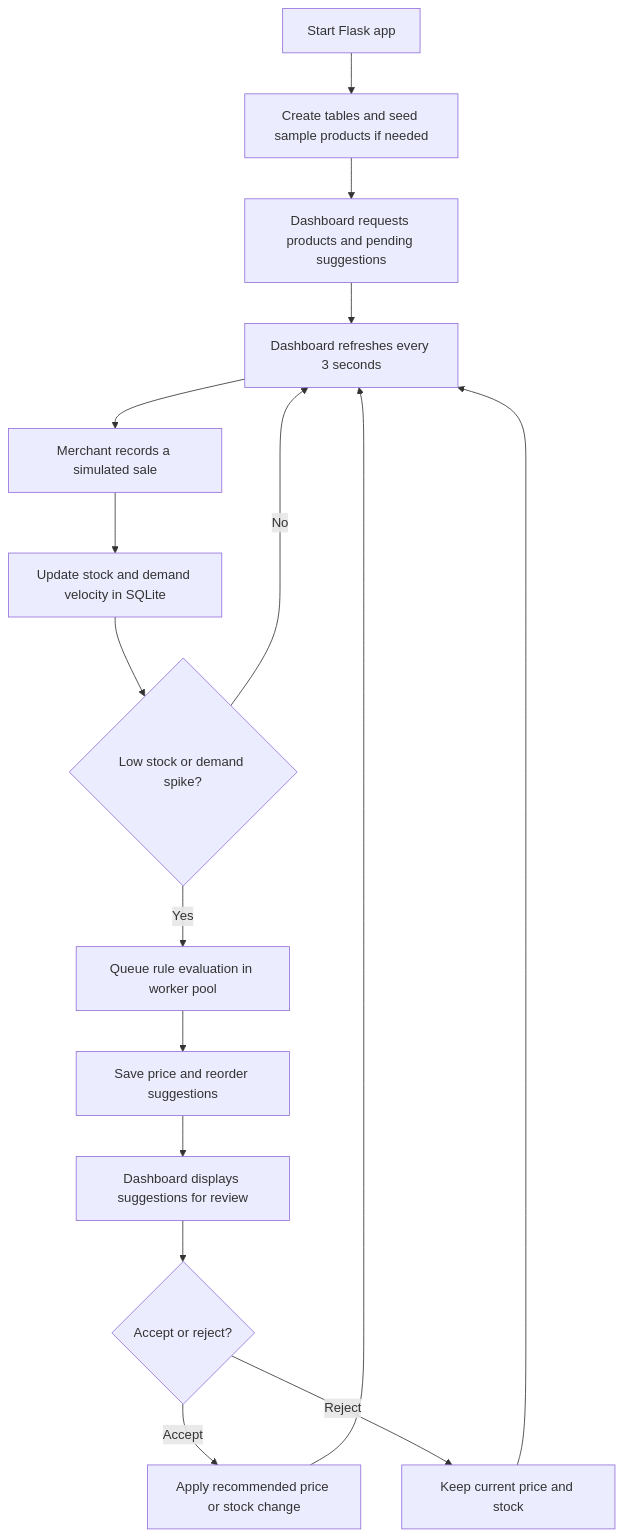
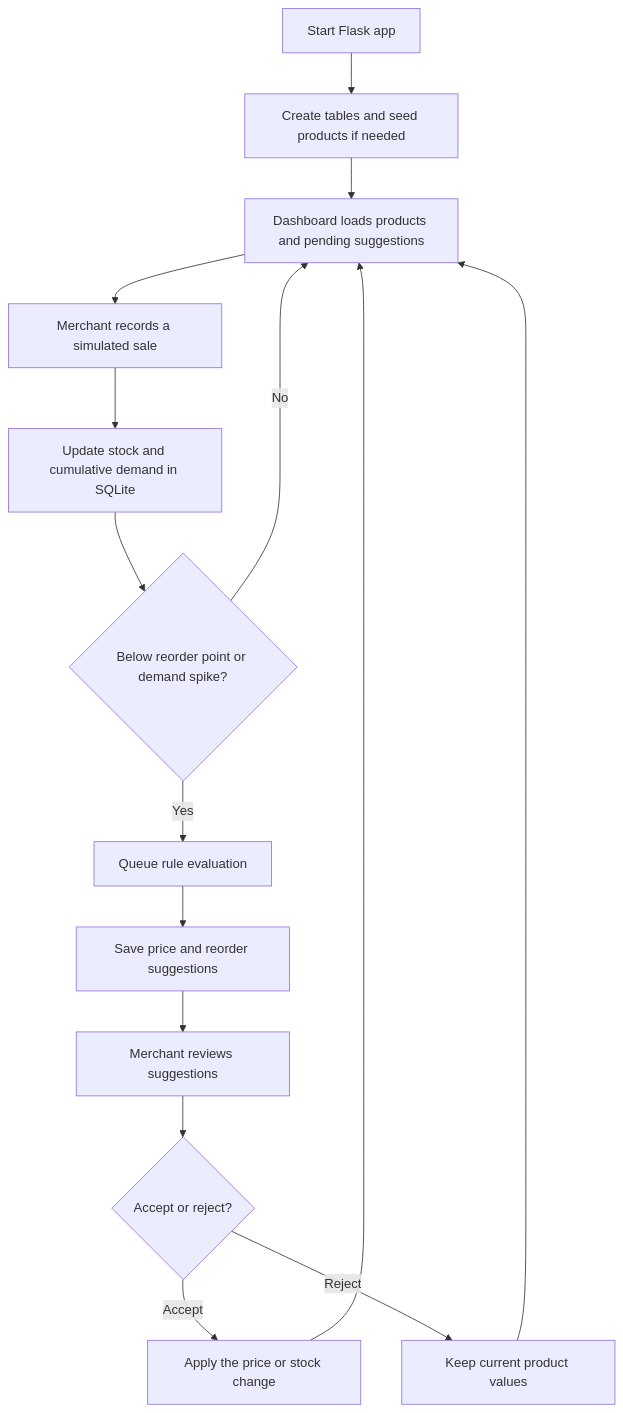
One commit to rudranis/Zycus_Hackthon changed the second of 2 diagrams in README.md. Above: the diagram before and after it, drawn with Mermaid. The commit also changed other lines of this file, not shown here.

````diff
--- a/README.md
+++ b/README.md
@@ -38,18 +43,17 @@
 ```mermaid
 flowchart TD
-    Start[Start Flask app] --> Init[Create tables and seed sample products if needed]
-    Init --> Load[Dashboard requests products and pending suggestions]
-    Load --> Monitor[Dashboard refreshes every 3 seconds]
-    Monitor --> Sale[Merchant records a simulated sale]
-    Sale --> Update[Update stock and demand velocity in SQLite]
-    Update --> Detect{Low stock or demand spike?}
-    Detect -->|Yes| Queue[Queue rule evaluation in worker pool]
+    Start[Start Flask app] --> Setup[Create tables and seed products if needed]
+    Setup --> View[Dashboard loads products and pending suggestions]
+    View --> Sale[Merchant records a simulated sale]
+    Sale --> Update[Update stock and cumulative demand in SQLite]
+    Update --> Check{Below reorder point or demand spike?}
+    Check -->|Yes| Queue[Queue rule evaluation]
     Queue --> Suggest[Save price and reorder suggestions]
-    Suggest --> Review[Dashboard displays suggestions for review]
+    Suggest --> Review[Merchant reviews suggestions]
     Review --> Decision{Accept or reject?}
-    Decision -->|Accept| Apply[Apply recommended price or stock change]
-    Decision -->|Reject| Keep[Keep current price and stock]
-    Apply --> Monitor
-    Keep --> Monitor
-    Detect -->|No| Monitor
+    Decision -->|Accept| Apply[Apply the price or stock change]
+    Decision -->|Reject| Keep[Keep current product values]
+    Apply --> View
+    Keep --> View
+    Check -->|No| View
 ```
````
